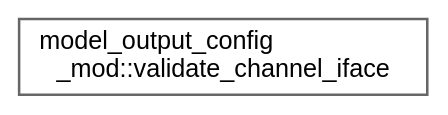
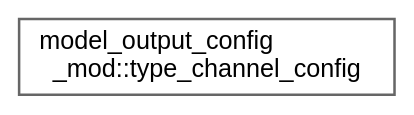
One commit to mayhl/FUNWAVE-TVD changed the diagram in release/v4.0-beta/inherit_graph_45.dot. Above: the diagram before and after it, drawn with Graphviz. The commit also changed 52 other files, not shown here.

```diff
--- a/release/v4.0-beta/inherit_graph_45.dot
+++ b/release/v4.0-beta/inherit_graph_45.dot
@@ -1,9 +1,9 @@
 digraph "Graphical Class Hierarchy"
 {
  // LATEX_PDF_SIZE
   bgcolor="transparent";
   edge [fontname=Helvetica,fontsize=10,labelfontname=Helvetica,labelfontsize=10];
   node [fontname=Helvetica,fontsize=10,shape=box,height=0.2,width=0.4];
   rankdir="LR";
-  Node0 [id="Node000000",label="model_output_config\l_mod::validate_channel_iface",height=0.2,width=0.4,color="grey40", fillcolor="white", style="filled",URL="$interfacemodel__output__config__mod_1_1validate__channel__iface.html",tooltip=" "];
+  Node0 [id="Node000000",label="model_output_config\l_mod::type_channel_config",height=0.2,width=0.4,color="grey40", fillcolor="white", style="filled",URL="$structmodel__output__config__mod_1_1type__channel__config.html",tooltip=" "];
 }
```
